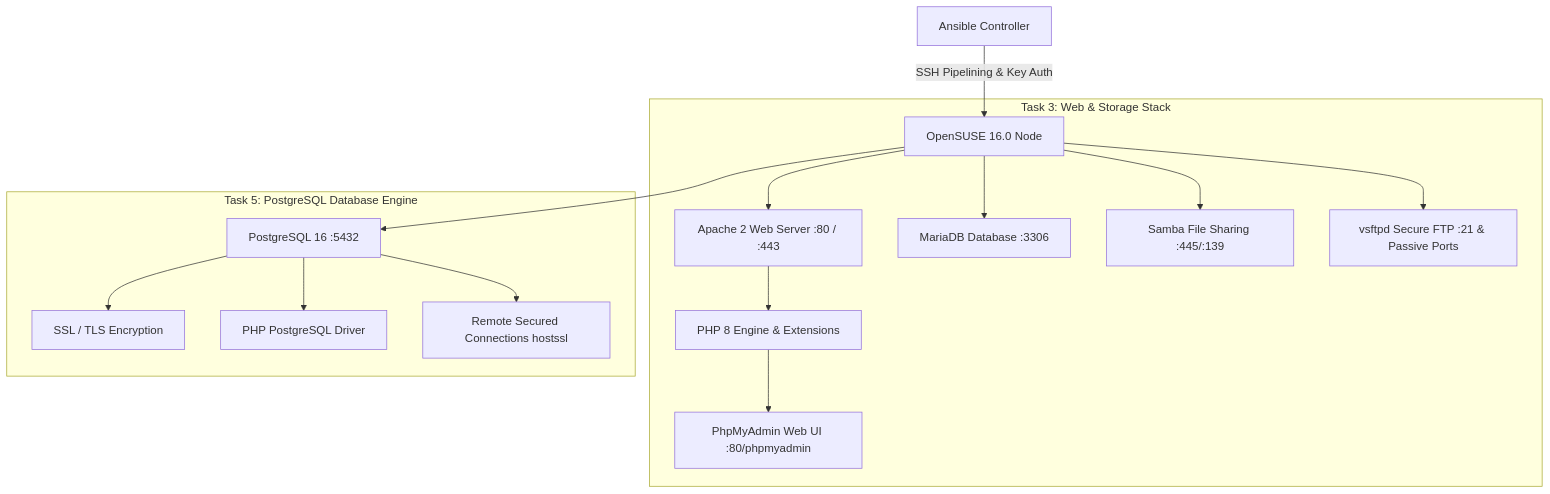
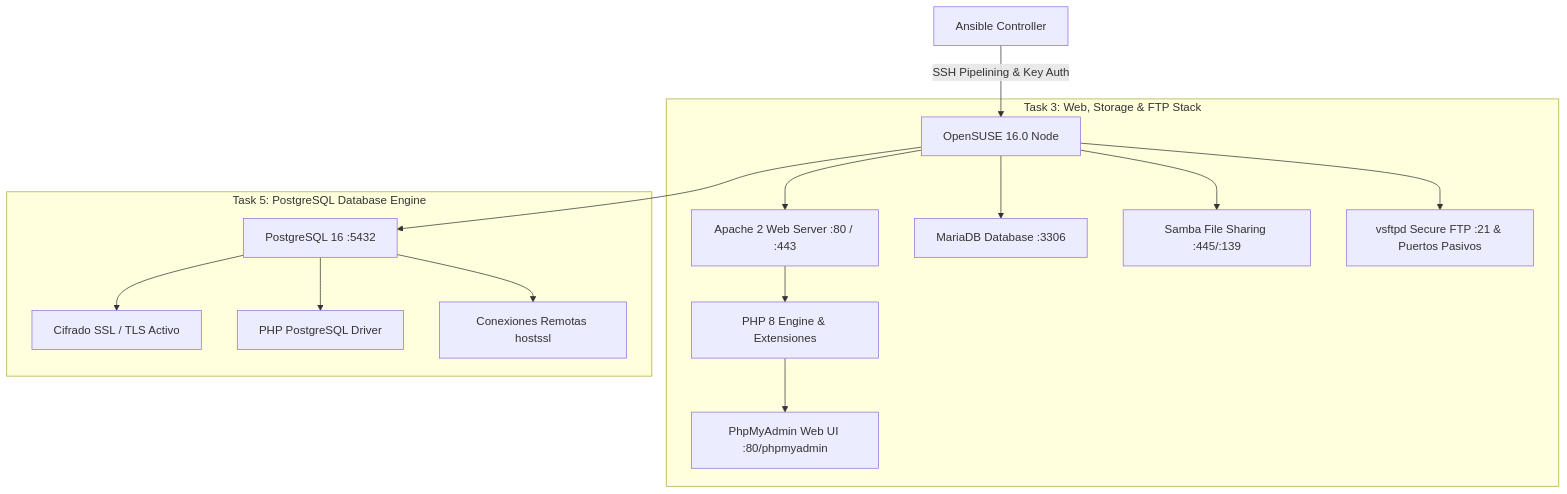
One commit to isra-jq/ansible-server-automation changed the diagram in README.md. Above: the diagram before and after it, drawn with Mermaid. The commit also changed other lines of this file, not shown here.

````diff
--- a/README.md
+++ b/README.md
@@ -15,20 +15,20 @@
 ```mermaid
 graph TD
     A[Ansible Controller] -->|SSH Pipelining & Key Auth| B[OpenSUSE 16.0 Node]
     
-    subgraph "Task 3: Web & Storage Stack"
+    subgraph "Task 3: Web, Storage & FTP Stack"
         B --> C[Apache 2 Web Server :80 / :443]
-        C --> D[PHP 8 Engine & Extensions]
+        C --> D[PHP 8 Engine & Extensiones]
         D --> E[PhpMyAdmin Web UI :80/phpmyadmin]
         B --> F[MariaDB Database :3306]
         B --> G[Samba File Sharing :445/:139]
-        B --> H[vsftpd Secure FTP :21 & Passive Ports]
+        B --> H[vsftpd Secure FTP :21 & Puertos Pasivos]
     end
 
     subgraph "Task 5: PostgreSQL Database Engine"
         B --> I[PostgreSQL 16 :5432]
-        I --> J[SSL / TLS Encryption]
+        I --> J[Cifrado SSL / TLS Activo]
         I --> K[PHP PostgreSQL Driver]
-        I --> L[Remote Secured Connections hostssl]
+        I --> L[Conexiones Remotas hostssl]
     end
 ```
````
